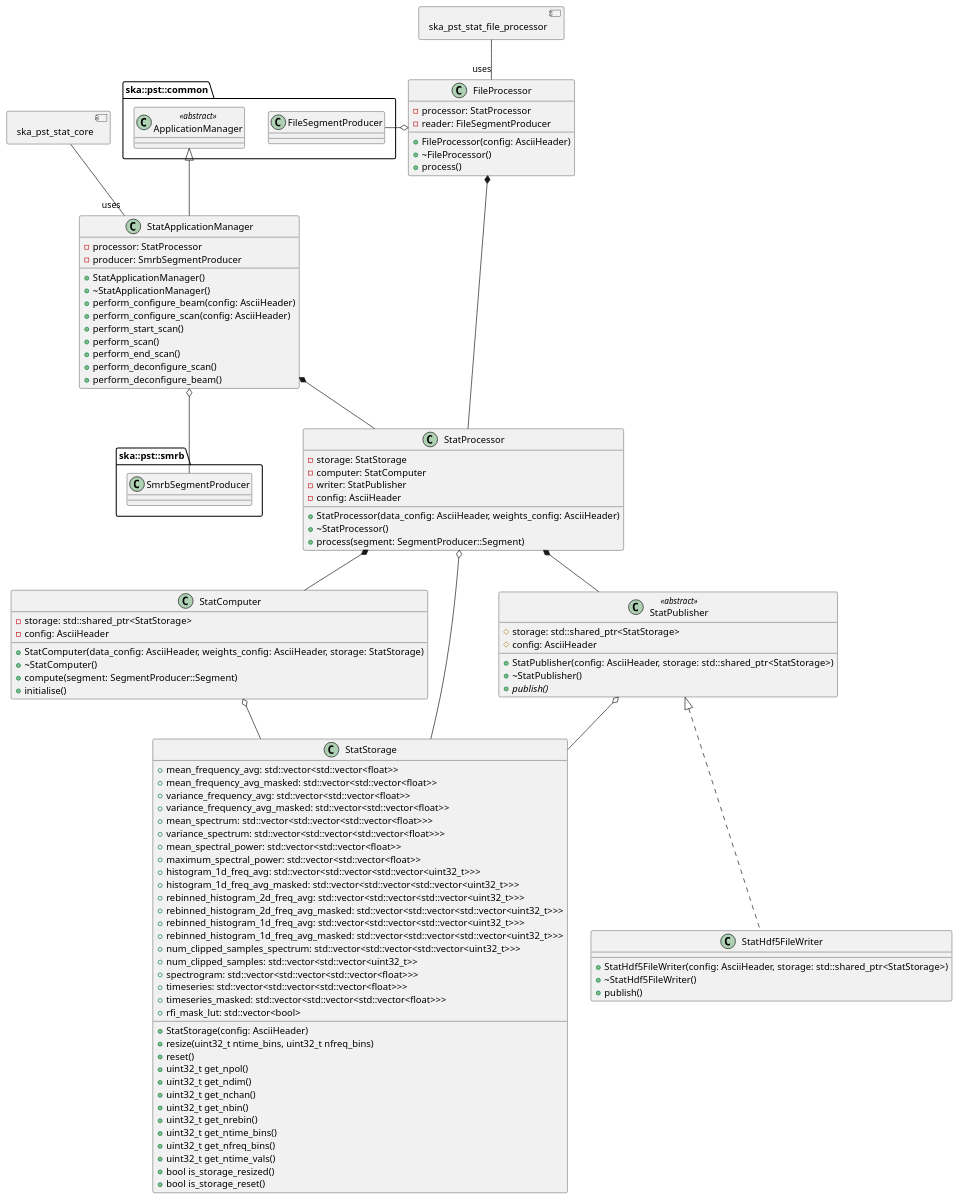
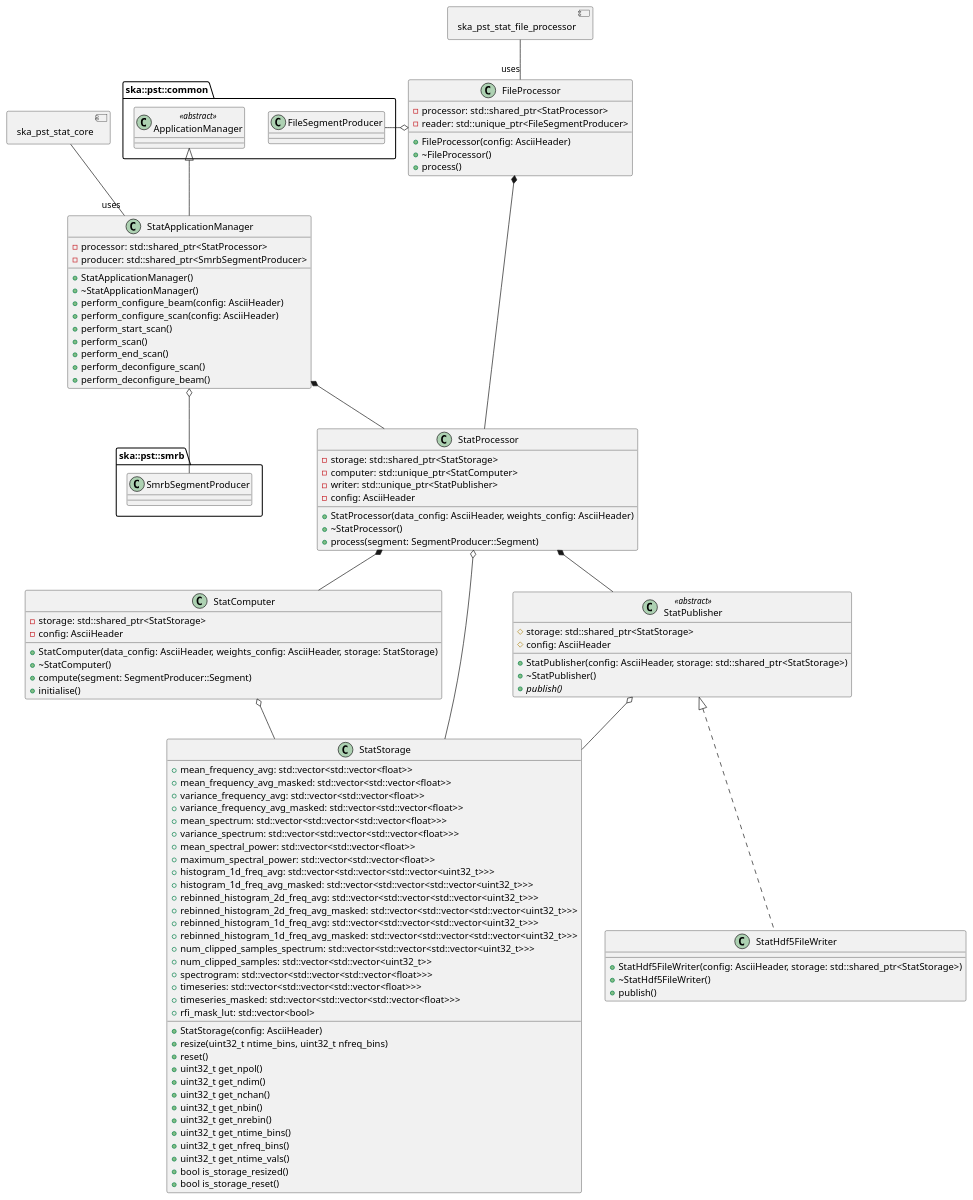
Before and after one commit to ska-telescope/ska-pst-stat: the diagram in docs/src/architecture/class_diagram.puml, drawn with PlantUML.

Commit message:
AT3-420 updated class diagram
- Synced class diagram documentation with its implementation

```diff
--- a/docs/src/architecture/class_diagram.puml
+++ b/docs/src/architecture/class_diagram.puml
@@ -1,124 +1,124 @@
 @startuml PST Stat Class Diagram
 allow_mixing
 
 package ska::pst::common
 {
   class ApplicationManager <<abstract>>
   class FileSegmentProducer
 }
 
 package ska::pst::smrb
 {
   class SmrbSegmentProducer
 }
 
 class StatApplicationManager {
   + StatApplicationManager()
   + ~StatApplicationManager()
   + perform_configure_beam(config: AsciiHeader)
   + perform_configure_scan(config: AsciiHeader)
   + perform_start_scan()
   + perform_scan()
   + perform_end_scan()
   + perform_deconfigure_scan()
   + perform_deconfigure_beam()
-  - processor: StatProcessor
-  - producer: SmrbSegmentProducer
+  - processor: std::shared_ptr<StatProcessor>
+  - producer: std::shared_ptr<SmrbSegmentProducer>
 }
 
 class FileProcessor {
   + FileProcessor(config: AsciiHeader)
   + ~FileProcessor()
   + process()
-  - processor: StatProcessor
-  - reader: FileSegmentProducer
+  - processor: std::shared_ptr<StatProcessor>
+  - reader: std::unique_ptr<FileSegmentProducer>
 }
 
 class StatProcessor {
   + StatProcessor(data_config: AsciiHeader, weights_config: AsciiHeader)
   + ~StatProcessor()
   + process(segment: SegmentProducer::Segment)
-  - storage: StatStorage
-  - computer: StatComputer
-  - writer: StatPublisher
+  - storage: std::shared_ptr<StatStorage>
+  - computer: std::unique_ptr<StatComputer>
+  - writer: std::unique_ptr<StatPublisher>
   - config: AsciiHeader
 }
 
 class StatComputer {
   + StatComputer(data_config: AsciiHeader, weights_config: AsciiHeader, storage: StatStorage)
   + ~StatComputer()
   + compute(segment: SegmentProducer::Segment)
   + initialise()
   - storage: std::shared_ptr<StatStorage>
   - config: AsciiHeader
 }
 
 class StatStorage {
   + StatStorage(config: AsciiHeader)
   + resize(uint32_t ntime_bins, uint32_t nfreq_bins)
   + reset()
   + uint32_t get_npol()
   + uint32_t get_ndim()
   + uint32_t get_nchan()
   + uint32_t get_nbin()
   + uint32_t get_nrebin()
   + uint32_t get_ntime_bins()
   + uint32_t get_nfreq_bins()
   + uint32_t get_ntime_vals()
   + bool is_storage_resized()
   + bool is_storage_reset()
   + mean_frequency_avg: std::vector<std::vector<float>>
   + mean_frequency_avg_masked: std::vector<std::vector<float>>
   + variance_frequency_avg: std::vector<std::vector<float>>
   + variance_frequency_avg_masked: std::vector<std::vector<float>>
   + mean_spectrum: std::vector<std::vector<std::vector<float>>>
   + variance_spectrum: std::vector<std::vector<std::vector<float>>>
   + mean_spectral_power: std::vector<std::vector<float>>
   + maximum_spectral_power: std::vector<std::vector<float>>
   + histogram_1d_freq_avg: std::vector<std::vector<std::vector<uint32_t>>>
   + histogram_1d_freq_avg_masked: std::vector<std::vector<std::vector<uint32_t>>>
   + rebinned_histogram_2d_freq_avg: std::vector<std::vector<std::vector<uint32_t>>>
   + rebinned_histogram_2d_freq_avg_masked: std::vector<std::vector<std::vector<uint32_t>>>
   + rebinned_histogram_1d_freq_avg: std::vector<std::vector<std::vector<uint32_t>>>
   + rebinned_histogram_1d_freq_avg_masked: std::vector<std::vector<std::vector<uint32_t>>>
   + num_clipped_samples_spectrum: std::vector<std::vector<std::vector<uint32_t>>>
   + num_clipped_samples: std::vector<std::vector<uint32_t>>
   + spectrogram: std::vector<std::vector<std::vector<float>>>
   + timeseries: std::vector<std::vector<std::vector<float>>>
   + timeseries_masked: std::vector<std::vector<std::vector<float>>>
   + rfi_mask_lut: std::vector<bool>
 }
 
 class StatPublisher <<abstract>> {
   # storage: std::shared_ptr<StatStorage>
   # config: AsciiHeader
   + StatPublisher(config: AsciiHeader, storage: std::shared_ptr<StatStorage>)
   + ~StatPublisher()
   {abstract} + publish()
 }
 
 class StatHdf5FileWriter implements StatPublisher {
   + StatHdf5FileWriter(config: AsciiHeader, storage: std::shared_ptr<StatStorage>)
   + ~StatHdf5FileWriter()
   + publish()
 }
 
 StatProcessor *-- StatComputer
 StatProcessor *-- StatPublisher
 StatProcessor o-- StatStorage
 StatComputer o-- StatStorage
 StatPublisher o-- StatStorage
 
 ApplicationManager <|-- StatApplicationManager
 StatApplicationManager o-- SmrbSegmentProducer
 StatApplicationManager *-- StatProcessor
 
 FileProcessor *-- StatProcessor
 FileProcessor o- FileSegmentProducer
 
 component ska_pst_stat_core
 ska_pst_stat_core -- "uses" StatApplicationManager
 component ska_pst_stat_file_processor
 ska_pst_stat_file_processor -- "uses" FileProcessor
 
 @enduml
```
